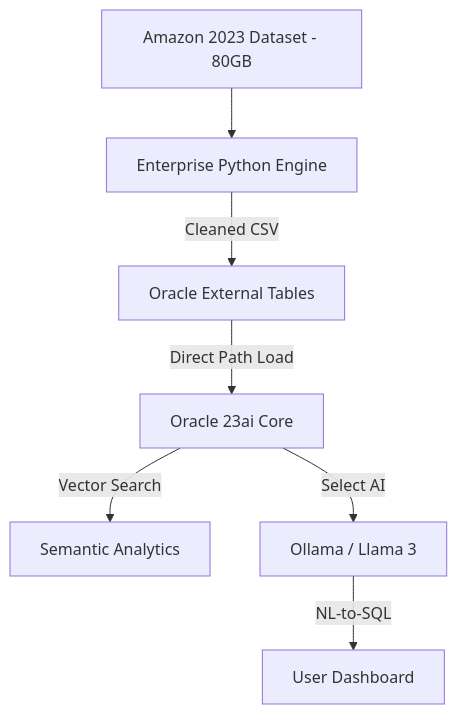
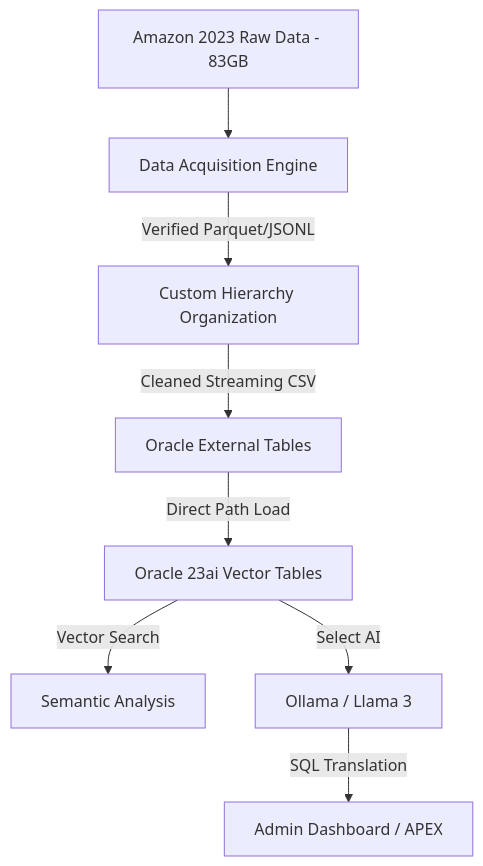
The diagram in README.md (congkx123789/He_quan_tri), drawn with Mermaid before and after one commit. The commit also changed other lines of this file, not shown here.

Commit message:
docs: Comprehensive Enterprise Showcase update

````diff
--- a/README.md
+++ b/README.md
@@ -27,9 +37,10 @@
 ```mermaid
 graph TD
-    A[Amazon 2023 Dataset - 80GB] --> B[Enterprise Python Engine]
-    B -->|Cleaned CSV| C[Oracle External Tables]
-    C -->|Direct Path Load| D[Oracle 23ai Core]
-    D -->|Vector Search| E[Semantic Analytics]
-    D -->|Select AI| F[Ollama / Llama 3]
-    F -->|NL-to-SQL| G[User Dashboard]
+    A[Amazon 2023 Raw Data - 83GB] --> B[Data Acquisition Engine]
+    B -->|Verified Parquet/JSONL| C[Custom Hierarchy Organization]
+    C -->|Cleaned Streaming CSV| D[Oracle External Tables]
+    D -->|Direct Path Load| E[Oracle 23ai Vector Tables]
+    E -->|Vector Search| F[Semantic Analysis]
+    E -->|Select AI| G[Ollama / Llama 3]
+    G -->|SQL Translation| H[Admin Dashboard / APEX]
 ```
````
